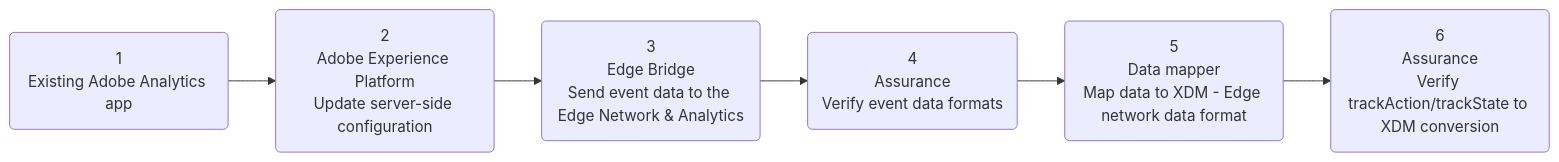
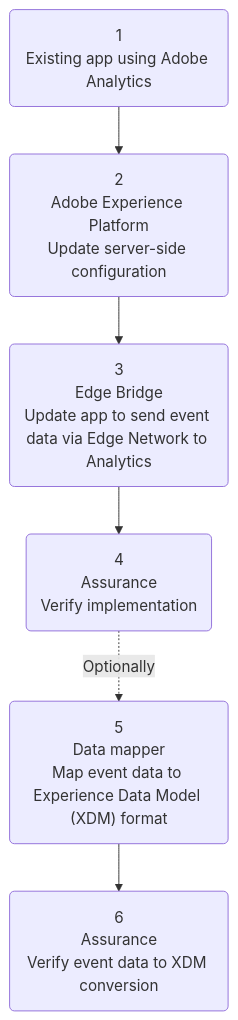
Before and after one commit to adobe/aepsdk-edgebridge-ios: the first of 2 diagrams in Documentation/tutorials/edge-bridge-tutorial.md, drawn with Mermaid. The commit also changed other lines of this file and 2 other files, not shown here.

Commit message:
Update diagrams and assurance images

````diff
--- a/Documentation/tutorials/edge-bridge-tutorial.md
+++ b/Documentation/tutorials/edge-bridge-tutorial.md
@@ -28,9 +28,9 @@
 ```mermaid
-graph LR;
-    step1(1<br/>Existing Adobe Analytics app) -->
+graph TD;
+    step1(1<br/>Existing app using Adobe Analytics) -->
     step2(2<br/>Adobe Experience Platform<br/>Update server-side configuration) --> 
-    step3(3<br/>Edge Bridge<br/>Send event data to the Edge Network & Analytics) --> 
-    step4(4<br/>Assurance<br/>Verify event data formats) -->
-    step5(5<br/>Data mapper<br/>Map data to XDM - Edge network data format) -->
-    step6(6<br/>Assurance<br/>Verify trackAction/trackState to XDM conversion)
+    step3(3<br/>Edge Bridge<br/>Update app to send event data via Edge Network to Analytics) --> 
+    step4(4<br/>Assurance<br/>Verify implementation) -. "Optionally" .-> 
+    step5("5<br/>Data mapper<br/>Map event data to Experience Data Model (XDM) format") -->
+    step6(6<br/>Assurance<br/>Verify event data to XDM conversion);
 ```
````
